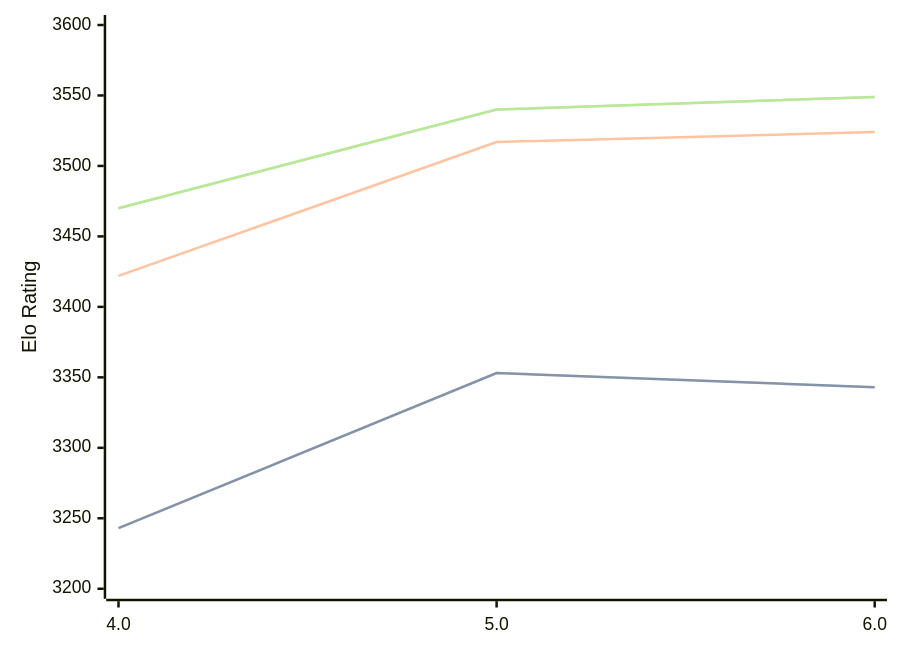
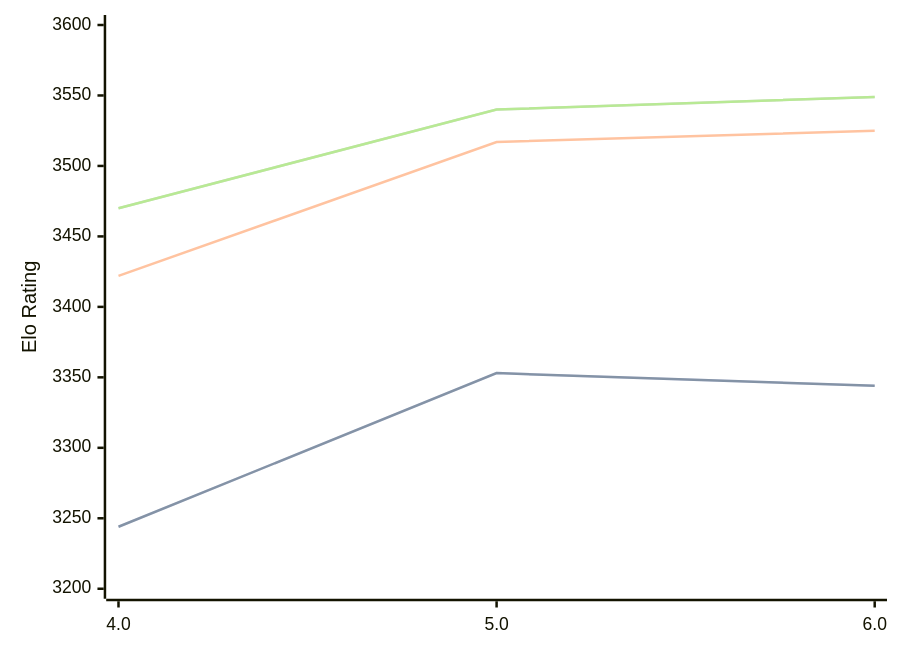
The diagram in engines/Tarnished.md (computer-chess-index/cci), drawn with Mermaid before and after one commit. The commit also changed other lines of this file, not shown here.

````diff
--- a/engines/Tarnished.md
+++ b/engines/Tarnished.md
@@ -37,11 +37,11 @@
 ```mermaid
 %%{init: {"theme":"base","themeVariables":{"seriesColors:['#a3a3a3','#222221','#faa371']}}}%%
 xychart-beta
   x-axis ["4.0", "5.0", "6.0"]
   y-axis "Elo Rating" 3200 --> 3600
-  line "STC (8.0+0.08s)" [3243, 3353, 3343]
-  line "STC (8.0+0.08s)" [3243, 3353, 3343]
-  line "LTC (60.0+0.60s)" [3422, 3517, 3524]
+  line "STC (8.0+0.08s)" [3244, 3353, 3344]
+  line "STC (8.0+0.08s)" [3244, 3353, 3344]
+  line "LTC (60.0+0.60s)" [3422, 3517, 3525]
   line "VLTC (2m24s+1.12s)" [3470, 3540, 3549]
   line "VLTC (2m24s+1.12s)" [3470, 3540, 3549]
 ```
````
